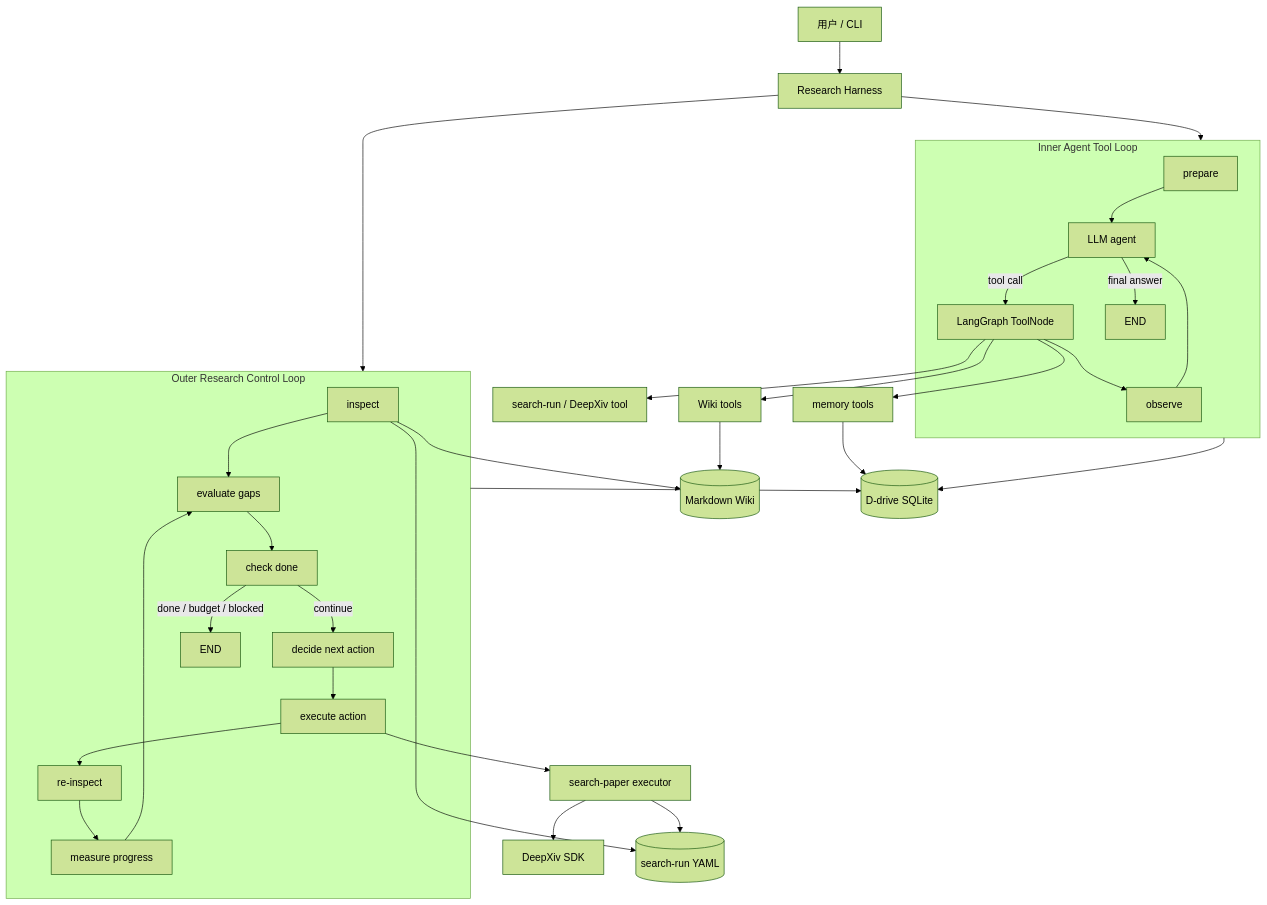
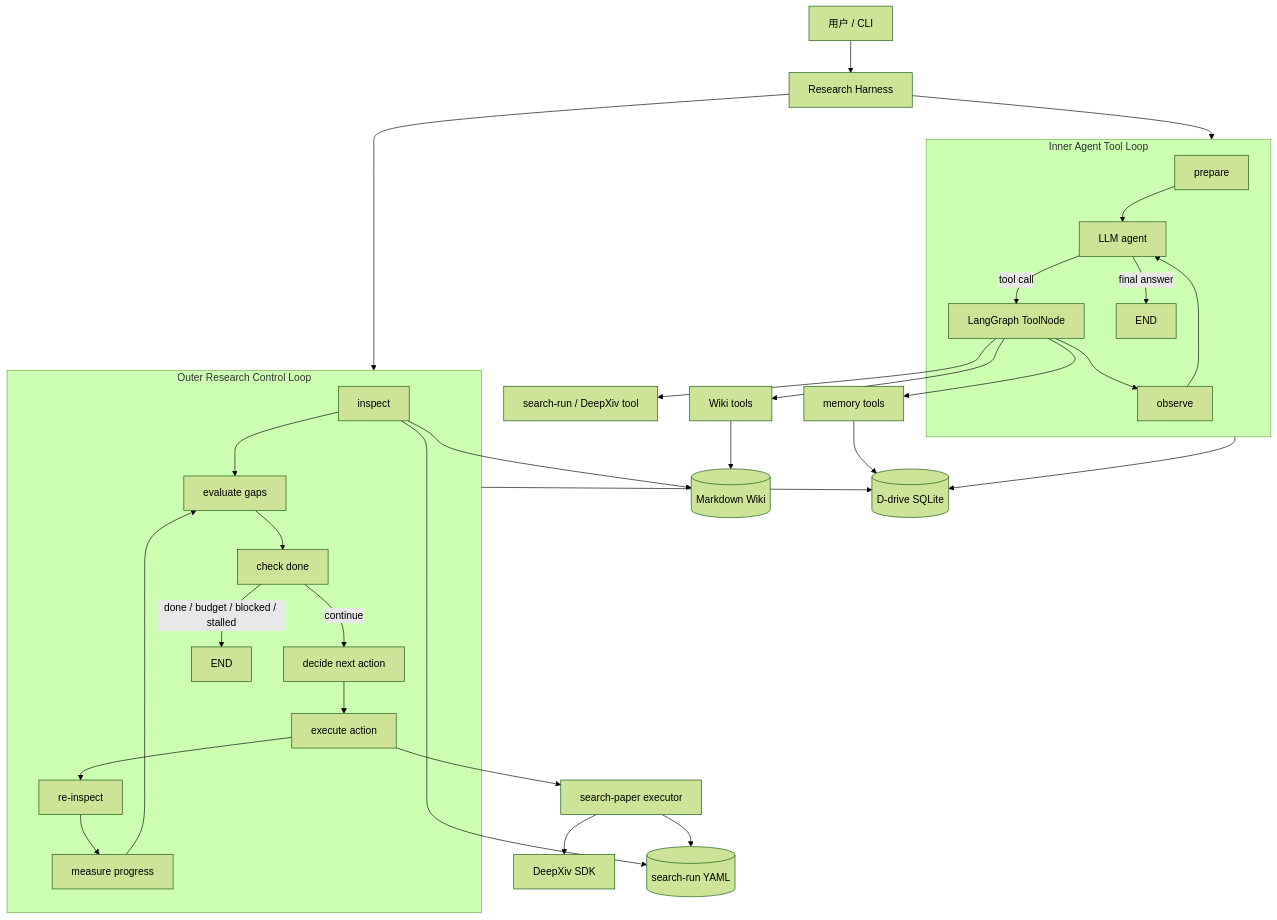
Before and after one commit to Yuhang-dev/auto-paper-research: the diagram in docs/SYSTEM_ARCHITECTURE.md, drawn with Mermaid (forest theme). The commit also changed other lines of this file and 53 other files, not shown here.

````diff
--- a/docs/SYSTEM_ARCHITECTURE.md
+++ b/docs/SYSTEM_ARCHITECTURE.md
@@ -98,41 +101,41 @@
 ```mermaid
 flowchart TB
     U[用户 / CLI] --> H[Research Harness]
 
     subgraph Inner[Inner Agent Tool Loop]
         P[prepare] --> A[LLM agent]
         A -->|tool call| T[LangGraph ToolNode]
         T --> O[observe]
         O --> A
         A -->|final answer| IE[END]
     end
 
     subgraph Outer[Outer Research Control Loop]
         I[inspect] --> G[evaluate gaps]
         G --> D[check done]
         D -->|continue| N[decide next action]
         N --> X[execute action]
         X --> I2[re-inspect]
         I2 --> M[measure progress]
         M --> G
-        D -->|done / budget / blocked| OE[END]
+        D -->|done / budget / blocked / stalled| OE[END]
     end
 
     H --> Inner
     H --> Outer
 
     T --> WT[Wiki tools]
     T --> ST[search-run / DeepXiv tool]
     T --> MT[memory tools]
     X --> SR[search-paper executor]
 
     WT --> W[(Markdown Wiki)]
     SR --> DX[DeepXiv SDK]
     SR --> Y[(search-run YAML)]
     I --> W
     I --> Y
 
     Inner --> DB[(D-drive SQLite)]
     Outer --> DB
     MT --> DB
 ```
````
